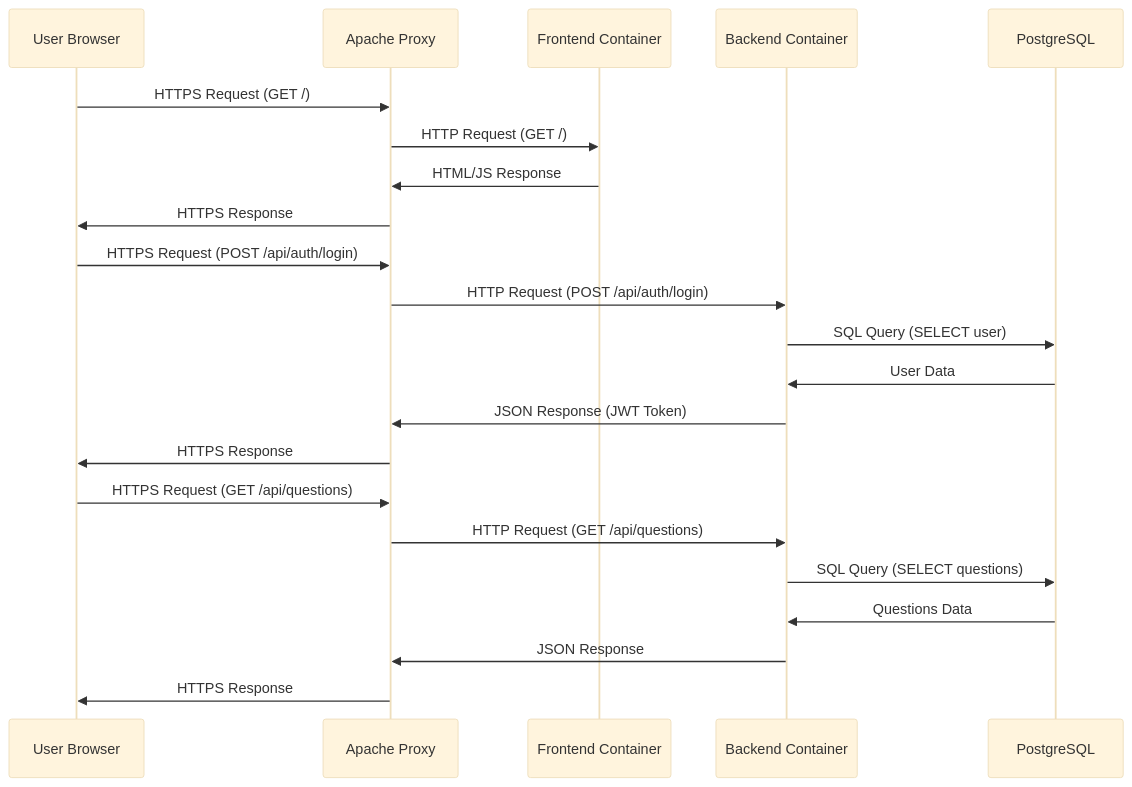
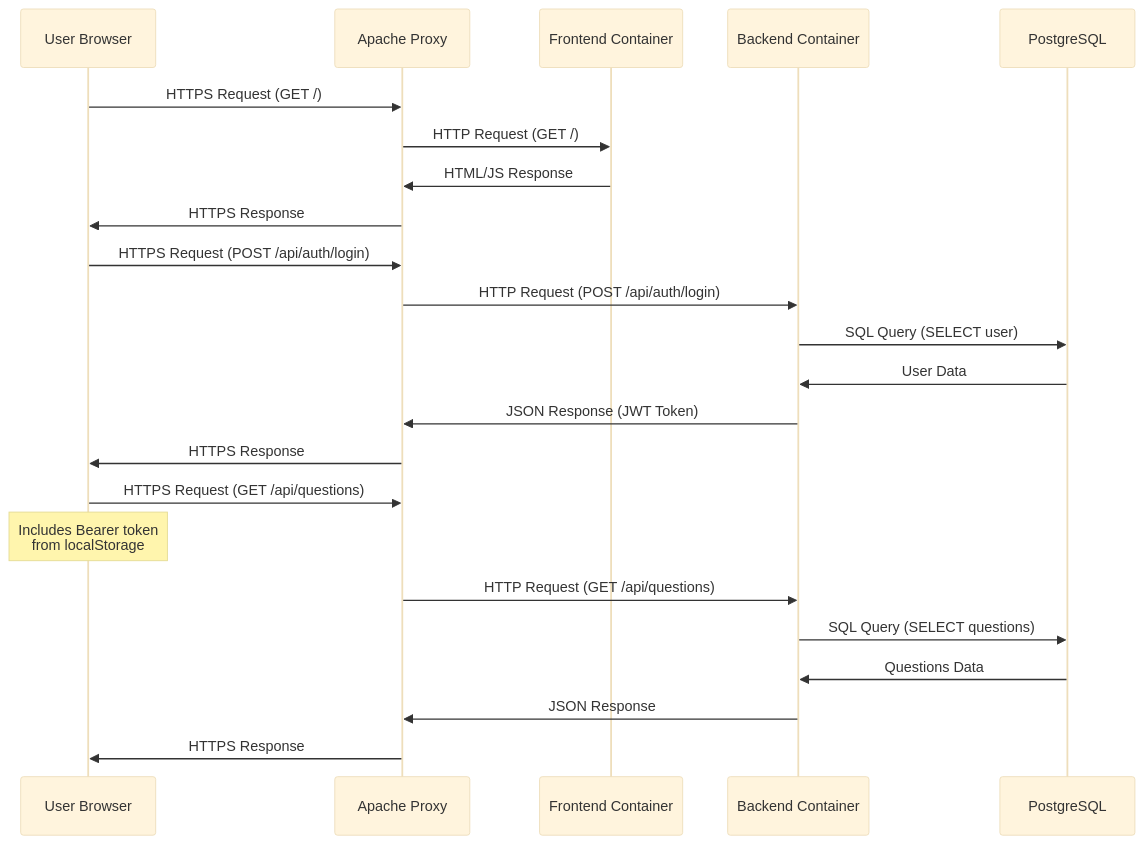
One commit to EduAI-Lab/Question-Maker changed the second of 2 diagrams in docs/ARCHITECTURE.md. Above: the diagram before and after it, drawn with Mermaid (base theme). The commit also changed other lines of this file, not shown here.

Commit message:
minor architecture note

````diff
--- a/docs/ARCHITECTURE.md
+++ b/docs/ARCHITECTURE.md
@@ -362,30 +366,31 @@
 ```mermaid
 sequenceDiagram
     participant U as User Browser
     participant A as Apache Proxy
     participant F as Frontend Container
     participant B as Backend Container
     participant D as PostgreSQL
     
     %% Page Load
     U->>A: HTTPS Request (GET /)
     A->>F: HTTP Request (GET /)
     F->>A: HTML/JS Response
     A->>U: HTTPS Response
     
-    %% API Call
+    %% API Call (from browser JavaScript)
     U->>A: HTTPS Request (POST /api/auth/login)
     A->>B: HTTP Request (POST /api/auth/login)
     B->>D: SQL Query (SELECT user)
     D->>B: User Data
     B->>A: JSON Response (JWT Token)
     A->>U: HTTPS Response
     
-    %% Subsequent Requests
+    %% Subsequent API Requests
     U->>A: HTTPS Request (GET /api/questions)
+    Note over U: Includes Bearer token<br/>from localStorage
     A->>B: HTTP Request (GET /api/questions)
     B->>D: SQL Query (SELECT questions)
     D->>B: Questions Data
     B->>A: JSON Response
     A->>U: HTTPS Response
 ```
````
